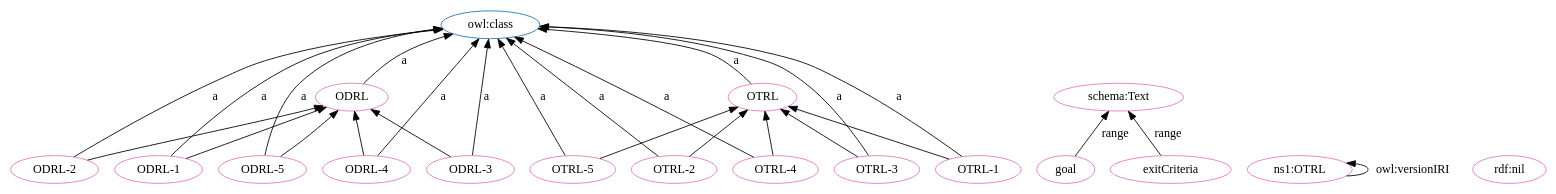
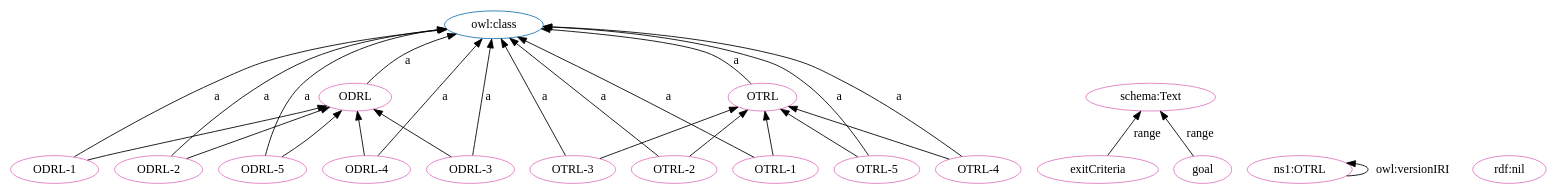
Before and after one commit to OPEN-NEXT/OKH-LOSH: the diagram in OTRL-clean.dot, drawn with Graphviz. The commit also changed other lines of this file and 15 other files, not shown here.

```diff
--- a/OTRL-clean.dot
+++ b/OTRL-clean.dot
@@ -1,49 +1,49 @@
 digraph G {
   rankdir=BT
   node[height=.3]
+"http://purl.org/oseg/ontologies/OTRL#ODRL" [fillcolor="#1f77b4" color="#1f77b4" label="ODRL"]
 "http://www.w3.org/2002/07/owl#class" [fillcolor="#1f77b4" color="#1f77b4" label="owl:class"]
-"http://purl.org/oseg/ontologies/OTRL#ODRL" [fillcolor="#1f77b4" color="#1f77b4" label="ODRL"]
 "http://purl.org/oseg/ontologies/OTRL#OTRL" [fillcolor="#1f77b4" color="#1f77b4" label="OTRL"]
 "http://schema.org/Text" [fillcolor="#e377c2" color="#e377c2" label="schema:Text"]
+"http://purl.org/oseg/ontologies/OTRL#OTRL-2" [fillcolor="#e377c2" color="#e377c2" label="OTRL-2"]
+"http://purl.org/oseg/ontologies/OTRL#exitCriteria" [fillcolor="#e377c2" color="#e377c2" label="exitCriteria"]
 "http://purl.org/oseg/ontologies/OTRL#OTRL" [fillcolor="#e377c2" color="#e377c2" label="OTRL"]
 "http://purl.org/oseg/ontologies/OTRL#ODRL" [fillcolor="#e377c2" color="#e377c2" label="ODRL"]
+"http://purl.org/oseg/ontologies/OTRL#ODRL-2" [fillcolor="#e377c2" color="#e377c2" label="ODRL-2"]
+"http://purl.org/oseg/ontologies/OTRL" [fillcolor="#e377c2" color="#e377c2" label="ns1:OTRL"]
+"http://www.w3.org/1999/02/22-rdf-syntax-ns#nil" [fillcolor="#e377c2" color="#e377c2" label="rdf:nil"]
+"http://purl.org/oseg/ontologies/OTRL#OTRL-3" [fillcolor="#e377c2" color="#e377c2" label="OTRL-3"]
+"http://purl.org/oseg/ontologies/OTRL#OTRL-1" [fillcolor="#e377c2" color="#e377c2" label="OTRL-1"]
+"http://purl.org/oseg/ontologies/OTRL#ODRL-1" [fillcolor="#e377c2" color="#e377c2" label="ODRL-1"]
+"http://purl.org/oseg/ontologies/OTRL#ODRL-5" [fillcolor="#e377c2" color="#e377c2" label="ODRL-5"]
+"http://purl.org/oseg/ontologies/OTRL#ODRL-3" [fillcolor="#e377c2" color="#e377c2" label="ODRL-3"]
 "http://purl.org/oseg/ontologies/OTRL#goal" [fillcolor="#e377c2" color="#e377c2" label="goal"]
-"http://purl.org/oseg/ontologies/OTRL#ODRL-1" [fillcolor="#e377c2" color="#e377c2" label="ODRL-1"]
-"http://purl.org/oseg/ontologies/OTRL" [fillcolor="#e377c2" color="#e377c2" label="ns1:OTRL"]
-"http://purl.org/oseg/ontologies/OTRL#OTRL-2" [fillcolor="#e377c2" color="#e377c2" label="OTRL-2"]
-"http://purl.org/oseg/ontologies/OTRL#ODRL-2" [fillcolor="#e377c2" color="#e377c2" label="ODRL-2"]
+"http://purl.org/oseg/ontologies/OTRL#ODRL-4" [fillcolor="#e377c2" color="#e377c2" label="ODRL-4"]
+"http://purl.org/oseg/ontologies/OTRL#OTRL-4" [fillcolor="#e377c2" color="#e377c2" label="OTRL-4"]
 "http://purl.org/oseg/ontologies/OTRL#OTRL-5" [fillcolor="#e377c2" color="#e377c2" label="OTRL-5"]
-"http://www.w3.org/1999/02/22-rdf-syntax-ns#nil" [fillcolor="#e377c2" color="#e377c2" label="rdf:nil"]
-"http://purl.org/oseg/ontologies/OTRL#OTRL-4" [fillcolor="#e377c2" color="#e377c2" label="OTRL-4"]
-"http://purl.org/oseg/ontologies/OTRL#ODRL-5" [fillcolor="#e377c2" color="#e377c2" label="ODRL-5"]
-"http://purl.org/oseg/ontologies/OTRL#OTRL-1" [fillcolor="#e377c2" color="#e377c2" label="OTRL-1"]
-"http://purl.org/oseg/ontologies/OTRL#ODRL-3" [fillcolor="#e377c2" color="#e377c2" label="ODRL-3"]
-"http://purl.org/oseg/ontologies/OTRL#OTRL-3" [fillcolor="#e377c2" color="#e377c2" label="OTRL-3"]
-"http://purl.org/oseg/ontologies/OTRL#ODRL-4" [fillcolor="#e377c2" color="#e377c2" label="ODRL-4"]
-"http://purl.org/oseg/ontologies/OTRL#exitCriteria" [fillcolor="#e377c2" color="#e377c2" label="exitCriteria"]
+  "http://purl.org/oseg/ontologies/OTRL#OTRL-2" -> "http://www.w3.org/2002/07/owl#class" [label="a"]
+  "http://purl.org/oseg/ontologies/OTRL#ODRL" -> "http://www.w3.org/2002/07/owl#class" [label="a"]
+  "http://purl.org/oseg/ontologies/OTRL#ODRL-2" -> "http://www.w3.org/2002/07/owl#class" [label="a"]
+  "http://purl.org/oseg/ontologies/OTRL#ODRL-1" -> "http://www.w3.org/2002/07/owl#class" [label="a"]
+  "http://purl.org/oseg/ontologies/OTRL#ODRL-4" -> "http://purl.org/oseg/ontologies/OTRL#ODRL" [label=""]
   "http://purl.org/oseg/ontologies/OTRL#OTRL" -> "http://www.w3.org/2002/07/owl#class" [label="a"]
+  "http://purl.org/oseg/ontologies/OTRL#ODRL-5" -> "http://www.w3.org/2002/07/owl#class" [label="a"]
+  "http://purl.org/oseg/ontologies/OTRL#OTRL-3" -> "http://purl.org/oseg/ontologies/OTRL#OTRL" [label=""]
+  "http://purl.org/oseg/ontologies/OTRL#ODRL-2" -> "http://purl.org/oseg/ontologies/OTRL#ODRL" [label=""]
+  "http://purl.org/oseg/ontologies/OTRL#OTRL-1" -> "http://purl.org/oseg/ontologies/OTRL#OTRL" [label=""]
+  "http://purl.org/oseg/ontologies/OTRL#exitCriteria" -> "http://schema.org/Text" [label="range"]
+  "http://purl.org/oseg/ontologies/OTRL" -> "http://purl.org/oseg/ontologies/OTRL" [label="owl:versionIRI"]
+  "http://purl.org/oseg/ontologies/OTRL#OTRL-3" -> "http://www.w3.org/2002/07/owl#class" [label="a"]
+  "http://purl.org/oseg/ontologies/OTRL#OTRL-1" -> "http://www.w3.org/2002/07/owl#class" [label="a"]
+  "http://purl.org/oseg/ontologies/OTRL#ODRL-5" -> "http://purl.org/oseg/ontologies/OTRL#ODRL" [label=""]
+  "http://purl.org/oseg/ontologies/OTRL#OTRL-5" -> "http://purl.org/oseg/ontologies/OTRL#OTRL" [label=""]
+  "http://purl.org/oseg/ontologies/OTRL#OTRL-5" -> "http://www.w3.org/2002/07/owl#class" [label="a"]
+  "http://purl.org/oseg/ontologies/OTRL#OTRL-4" -> "http://purl.org/oseg/ontologies/OTRL#OTRL" [label=""]
+  "http://purl.org/oseg/ontologies/OTRL#OTRL-2" -> "http://purl.org/oseg/ontologies/OTRL#OTRL" [label=""]
   "http://purl.org/oseg/ontologies/OTRL#ODRL-1" -> "http://purl.org/oseg/ontologies/OTRL#ODRL" [label=""]
-  "http://purl.org/oseg/ontologies/OTRL#ODRL-1" -> "http://www.w3.org/2002/07/owl#class" [label="a"]
-  "http://purl.org/oseg/ontologies/OTRL#ODRL-2" -> "http://www.w3.org/2002/07/owl#class" [label="a"]
-  "http://purl.org/oseg/ontologies/OTRL#OTRL-5" -> "http://www.w3.org/2002/07/owl#class" [label="a"]
+  "http://purl.org/oseg/ontologies/OTRL#ODRL-3" -> "http://www.w3.org/2002/07/owl#class" [label="a"]
+  "http://purl.org/oseg/ontologies/OTRL#goal" -> "http://schema.org/Text" [label="range"]
+  "http://purl.org/oseg/ontologies/OTRL#ODRL-4" -> "http://www.w3.org/2002/07/owl#class" [label="a"]
   "http://purl.org/oseg/ontologies/OTRL#OTRL-4" -> "http://www.w3.org/2002/07/owl#class" [label="a"]
   "http://purl.org/oseg/ontologies/OTRL#ODRL-3" -> "http://purl.org/oseg/ontologies/OTRL#ODRL" [label=""]
-  "http://purl.org/oseg/ontologies/OTRL#OTRL-1" -> "http://www.w3.org/2002/07/owl#class" [label="a"]
-  "http://purl.org/oseg/ontologies/OTRL#ODRL-3" -> "http://www.w3.org/2002/07/owl#class" [label="a"]
-  "http://purl.org/oseg/ontologies/OTRL#goal" -> "http://schema.org/Text" [label="range"]
-  "http://purl.org/oseg/ontologies/OTRL#OTRL-3" -> "http://www.w3.org/2002/07/owl#class" [label="a"]
-  "http://purl.org/oseg/ontologies/OTRL#ODRL-2" -> "http://purl.org/oseg/ontologies/OTRL#ODRL" [label=""]
-  "http://purl.org/oseg/ontologies/OTRL#ODRL-4" -> "http://purl.org/oseg/ontologies/OTRL#ODRL" [label=""]
-  "http://purl.org/oseg/ontologies/OTRL#ODRL-4" -> "http://www.w3.org/2002/07/owl#class" [label="a"]
-  "http://purl.org/oseg/ontologies/OTRL#OTRL-5" -> "http://purl.org/oseg/ontologies/OTRL#OTRL" [label=""]
-  "http://purl.org/oseg/ontologies/OTRL#exitCriteria" -> "http://schema.org/Text" [label="range"]
-  "http://purl.org/oseg/ontologies/OTRL#OTRL-4" -> "http://purl.org/oseg/ontologies/OTRL#OTRL" [label=""]
-  "http://purl.org/oseg/ontologies/OTRL#ODRL-5" -> "http://purl.org/oseg/ontologies/OTRL#ODRL" [label=""]
-  "http://purl.org/oseg/ontologies/OTRL#OTRL-2" -> "http://www.w3.org/2002/07/owl#class" [label="a"]
-  "http://purl.org/oseg/ontologies/OTRL#ODRL" -> "http://www.w3.org/2002/07/owl#class" [label="a"]
-  "http://purl.org/oseg/ontologies/OTRL#OTRL-1" -> "http://purl.org/oseg/ontologies/OTRL#OTRL" [label=""]
-  "http://purl.org/oseg/ontologies/OTRL#OTRL-2" -> "http://purl.org/oseg/ontologies/OTRL#OTRL" [label=""]
-  "http://purl.org/oseg/ontologies/OTRL#OTRL-3" -> "http://purl.org/oseg/ontologies/OTRL#OTRL" [label=""]
-  "http://purl.org/oseg/ontologies/OTRL" -> "http://purl.org/oseg/ontologies/OTRL" [label="owl:versionIRI"]
-  "http://purl.org/oseg/ontologies/OTRL#ODRL-5" -> "http://www.w3.org/2002/07/owl#class" [label="a"]
 }
```
